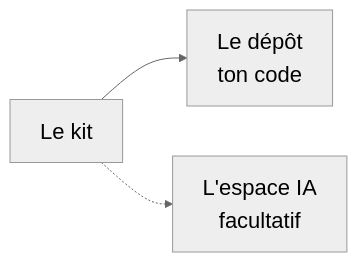
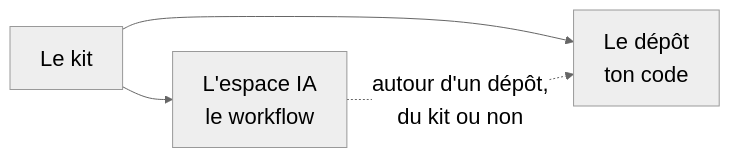
One commit to rdwk2/kit-projet changed the diagram in docs/schemas/principe.mmd. Above: the diagram before and after it, drawn with Mermaid. The commit also changed 2 other files, not shown here.

```diff
--- a/docs/schemas/principe.mmd
+++ b/docs/schemas/principe.mmd
@@ -1,4 +1,5 @@
 %%{init: {"theme": "neutral", "themeVariables": {"fontSize": "22px"}}}%%
 flowchart LR
     K["Le kit"] --> D["Le dépôt<br/>ton code"]
-    K -.-> E["L'espace IA<br/>facultatif"]
+    K --> E["L'espace IA<br/>le workflow"]
+    E -.->|"autour d'un dépôt,<br/>du kit ou non"| D
```
